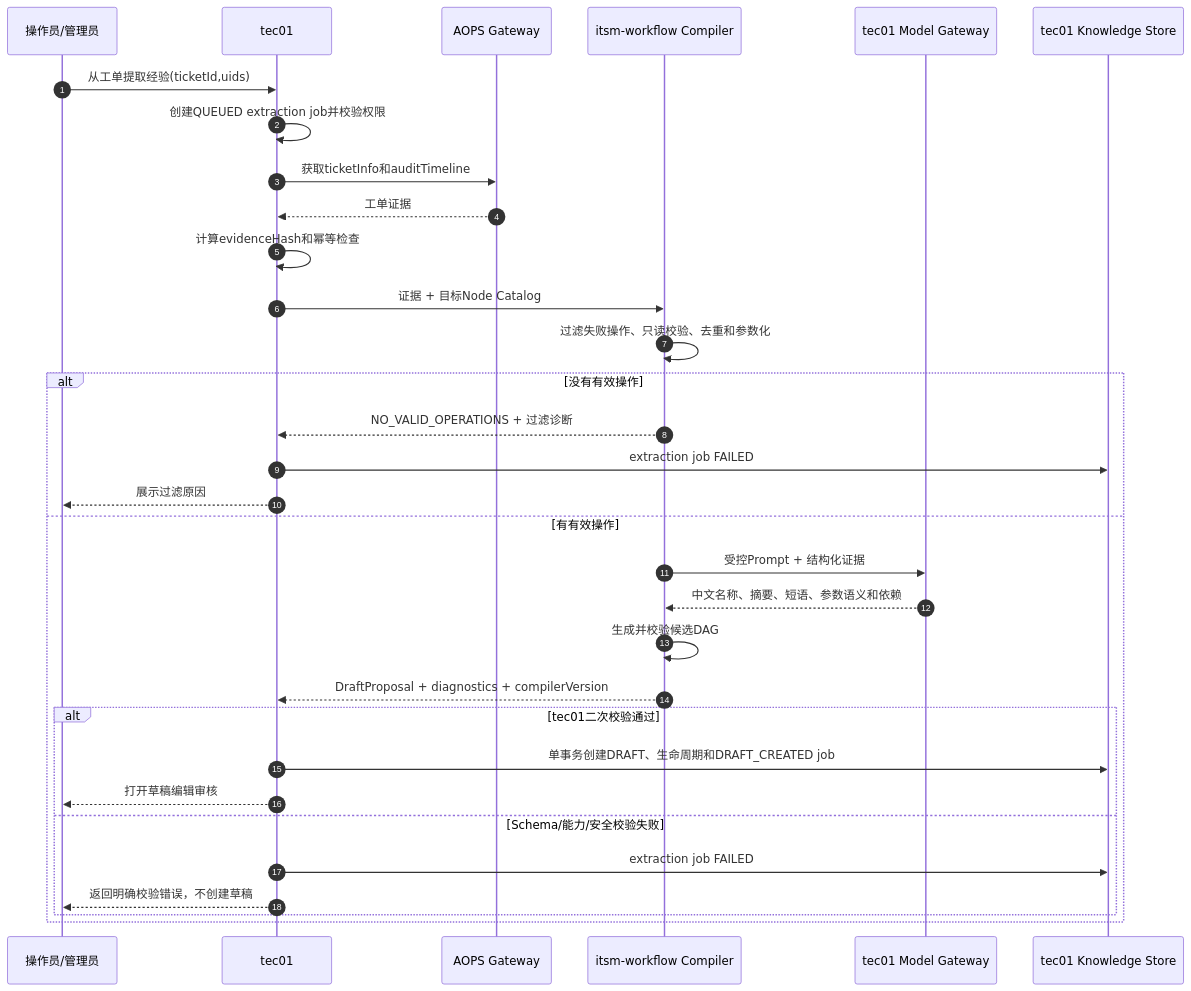
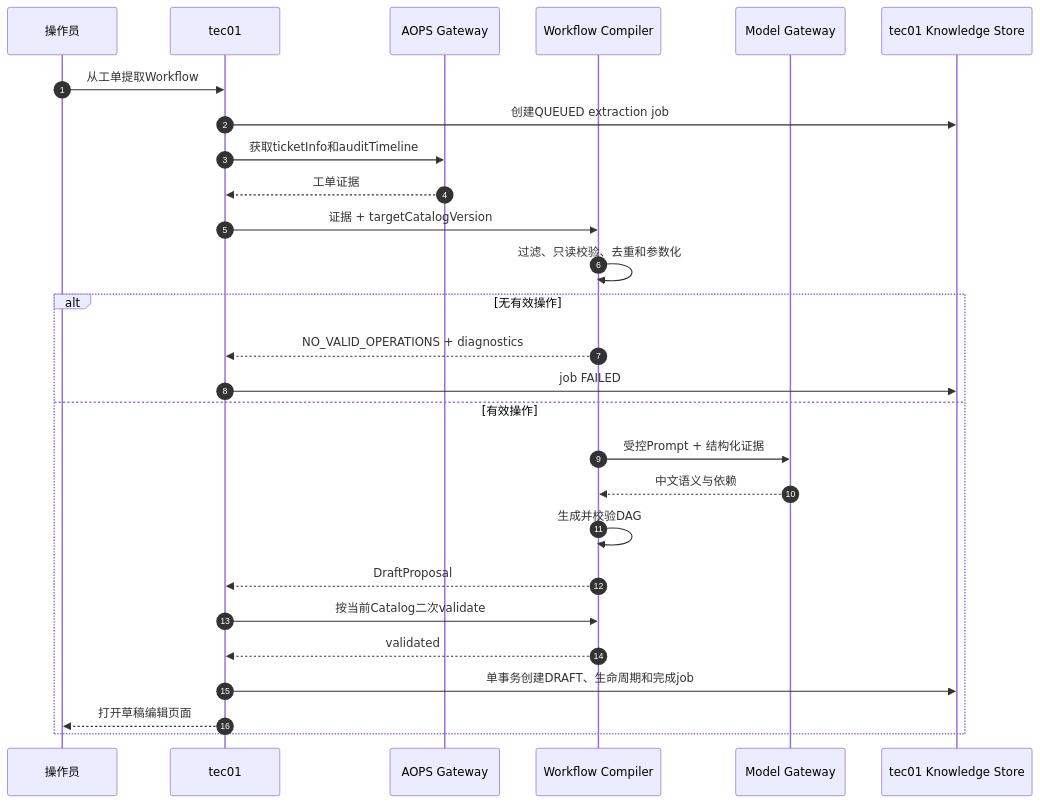
One commit to armin1024/itsm-workflow changed the third of 7 diagrams in docs/tec01-control-plane-split.md. Above: the diagram before and after it, drawn with Mermaid. The commit also changed other lines of this file and 2 other files, not shown here.

Commit message:
docs: unify workflow compiler registry and executor

````diff
--- a/docs/tec01-control-plane-split.md
+++ b/docs/tec01-control-plane-split.md
@@ -537,35 +250,30 @@
 ```mermaid
 sequenceDiagram
     autonumber
-    participant U as 操作员/管理员
+    participant U as 操作员
     participant T as tec01
     participant A as AOPS Gateway
-    participant C as itsm-workflow Compiler
-    participant L as tec01 Model Gateway
+    participant C as Workflow Compiler
+    participant L as Model Gateway
     participant S as tec01 Knowledge Store
 
-    U->>T: 从工单提取经验(ticketId,uids)
-    T->>T: 创建QUEUED extraction job并校验权限
+    U->>T: 从工单提取Workflow
+    T->>S: 创建QUEUED extraction job
     T->>A: 获取ticketInfo和auditTimeline
     A-->>T: 工单证据
-    T->>T: 计算evidenceHash和幂等检查
-    T->>C: 证据 + 目标Node Catalog
-    C->>C: 过滤失败操作、只读校验、去重和参数化
-    alt 没有有效操作
-        C-->>T: NO_VALID_OPERATIONS + 过滤诊断
-        T->>S: extraction job FAILED
-        T-->>U: 展示过滤原因
-    else 有有效操作
+    T->>C: 证据 + targetCatalogVersion
+    C->>C: 过滤、只读校验、去重和参数化
+    alt 无有效操作
+        C-->>T: NO_VALID_OPERATIONS + diagnostics
+        T->>S: job FAILED
+    else 有效操作
         C->>L: 受控Prompt + 结构化证据
-        L-->>C: 中文名称、摘要、短语、参数语义和依赖
-        C->>C: 生成并校验候选DAG
-        C-->>T: DraftProposal + diagnostics + compilerVersion
-        alt tec01二次校验通过
-            T->>S: 单事务创建DRAFT、生命周期和DRAFT_CREATED job
-            T-->>U: 打开草稿编辑审核
-        else Schema/能力/安全校验失败
-            T->>S: extraction job FAILED
-            T-->>U: 返回明确校验错误，不创建草稿
-        end
+        L-->>C: 中文语义与依赖
+        C->>C: 生成并校验DAG
+        C-->>T: DraftProposal
+        T->>C: 按当前Catalog二次validate
+        C-->>T: validated
+        T->>S: 单事务创建DRAFT、生命周期和完成job
+        T-->>U: 打开草稿编辑页面
     end
 ```
````
